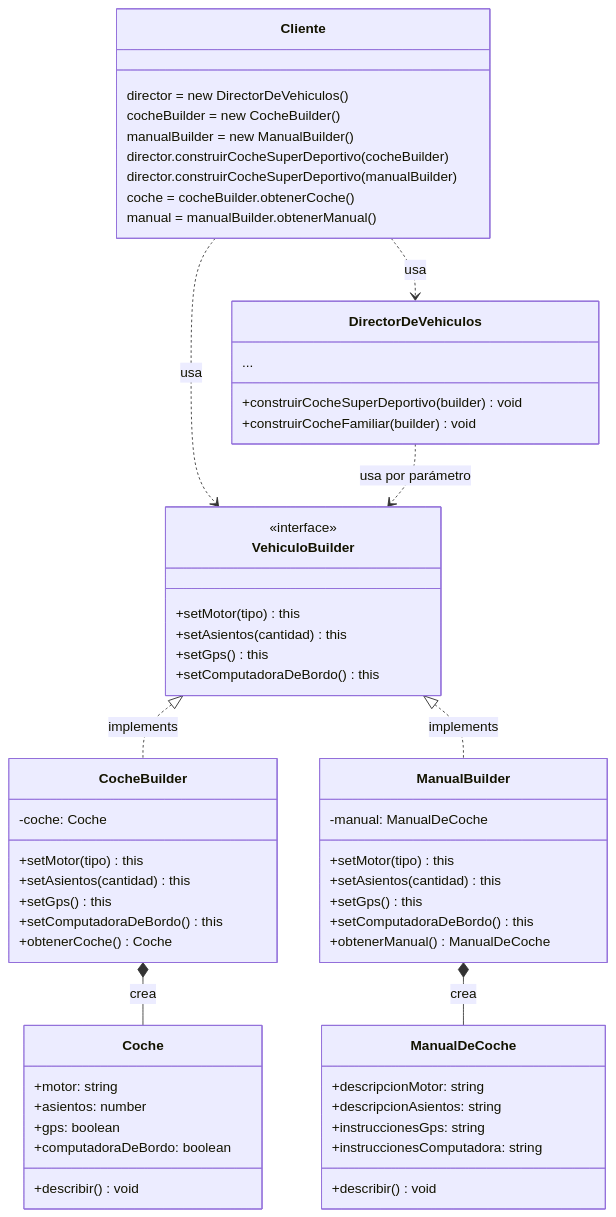
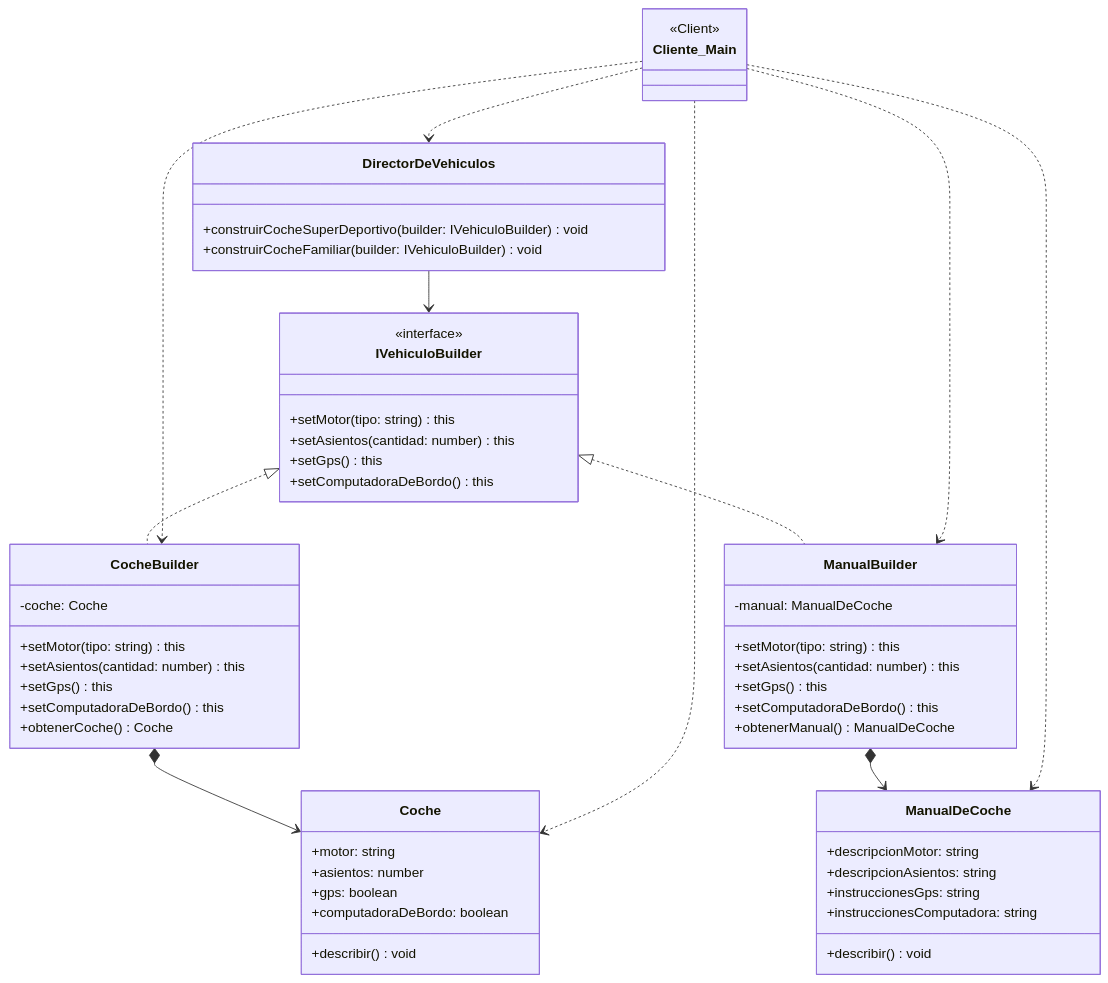
The diagram in diagrama-autos.mermaid (alarconale2610-ai/Builder-Pattern-TypeScript), drawn with Mermaid before and after one commit. The commit also changed 2 other files, not shown here.

```diff
--- a/diagrama-autos.mermaid
+++ b/diagrama-autos.mermaid
@@ -1,78 +1,65 @@
 classDiagram
-    direction TB
-
-    %% ── CLIENTE (código de uso en la parte superior) ──
-    class Cliente {
-        director = new DirectorDeVehiculos()
-        cocheBuilder = new CocheBuilder()
-        manualBuilder = new ManualBuilder()
-        director.construirCocheSuperDeportivo(cocheBuilder)
-        director.construirCocheSuperDeportivo(manualBuilder)
-        coche = cocheBuilder.obtenerCoche()
-        manual = manualBuilder.obtenerManual()
-    }
-
-    %% ── DIRECTOR ──
-    class DirectorDeVehiculos {
-        ...
-        +construirCocheSuperDeportivo(builder) void
-        +construirCocheFamiliar(builder) void
-    }
-
-   
-    %% ── INTERFAZ BUILDER ──
-    class VehiculoBuilder {
+    class IVehiculoBuilder {
         <<interface>>
-        +setMotor(tipo) this
-        +setAsientos(cantidad) this
+        +setMotor(tipo: string) this
+        +setAsientos(cantidad: number) this
         +setGps() this
         +setComputadoraDeBordo() this
     }
 
-    %% ── BUILDER CONCRETO A ──
     class CocheBuilder {
         -coche: Coche
-        +setMotor(tipo) this
-        +setAsientos(cantidad) this
+        +setMotor(tipo: string) this
+        +setAsientos(cantidad: number) this
         +setGps() this
         +setComputadoraDeBordo() this
         +obtenerCoche() Coche
     }
 
-    
-    %% ── BUILDER CONCRETO B ──
     class ManualBuilder {
         -manual: ManualDeCoche
-        +setMotor(tipo) this
-        +setAsientos(cantidad) this
+        +setMotor(tipo: string) this
+        +setAsientos(cantidad: number) this
         +setGps() this
         +setComputadoraDeBordo() this
         +obtenerManual() ManualDeCoche
     }
 
-   
-    %% ── PRODUCTOS ──
     class Coche {
         +motor: string
         +asientos: number
         +gps: boolean
         +computadoraDeBordo: boolean
         +describir() void
     }
 
     class ManualDeCoche {
         +descripcionMotor: string
         +descripcionAsientos: string
         +instruccionesGps: string
         +instruccionesComputadora: string
         +describir() void
     }
 
-    %% ── RELACIONES ──
-    Cliente ..> DirectorDeVehiculos : usa
-    Cliente ..> VehiculoBuilder : usa
-    DirectorDeVehiculos ..> VehiculoBuilder : usa por parámetro
-    VehiculoBuilder <|.. CocheBuilder : implements
-    VehiculoBuilder <|.. ManualBuilder : implements
-    CocheBuilder *-- Coche : crea
-    ManualBuilder *-- ManualDeCoche : crea
+    class DirectorDeVehiculos {
+        +construirCocheSuperDeportivo(builder: IVehiculoBuilder) void
+        +construirCocheFamiliar(builder: IVehiculoBuilder) void
+    }
+
+    class Cliente_Main {
+        <<Client>>
+    }
+
+    IVehiculoBuilder <|.. CocheBuilder
+    IVehiculoBuilder <|.. ManualBuilder
+
+    CocheBuilder *--> Coche
+    ManualBuilder *--> ManualDeCoche
+
+    DirectorDeVehiculos --> IVehiculoBuilder
+
+    Cliente_Main ..> DirectorDeVehiculos
+    Cliente_Main ..> CocheBuilder
+    Cliente_Main ..> ManualBuilder
+    Cliente_Main ..> Coche
+    Cliente_Main ..> ManualDeCoche
```
